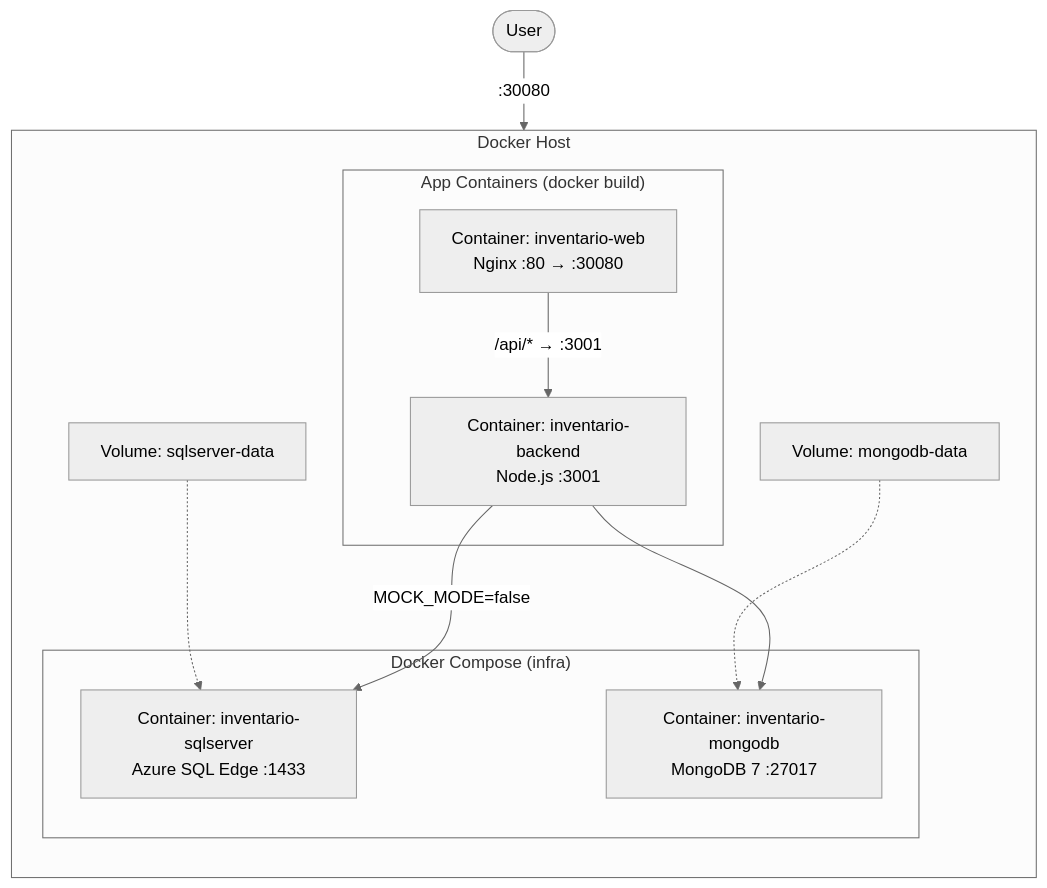
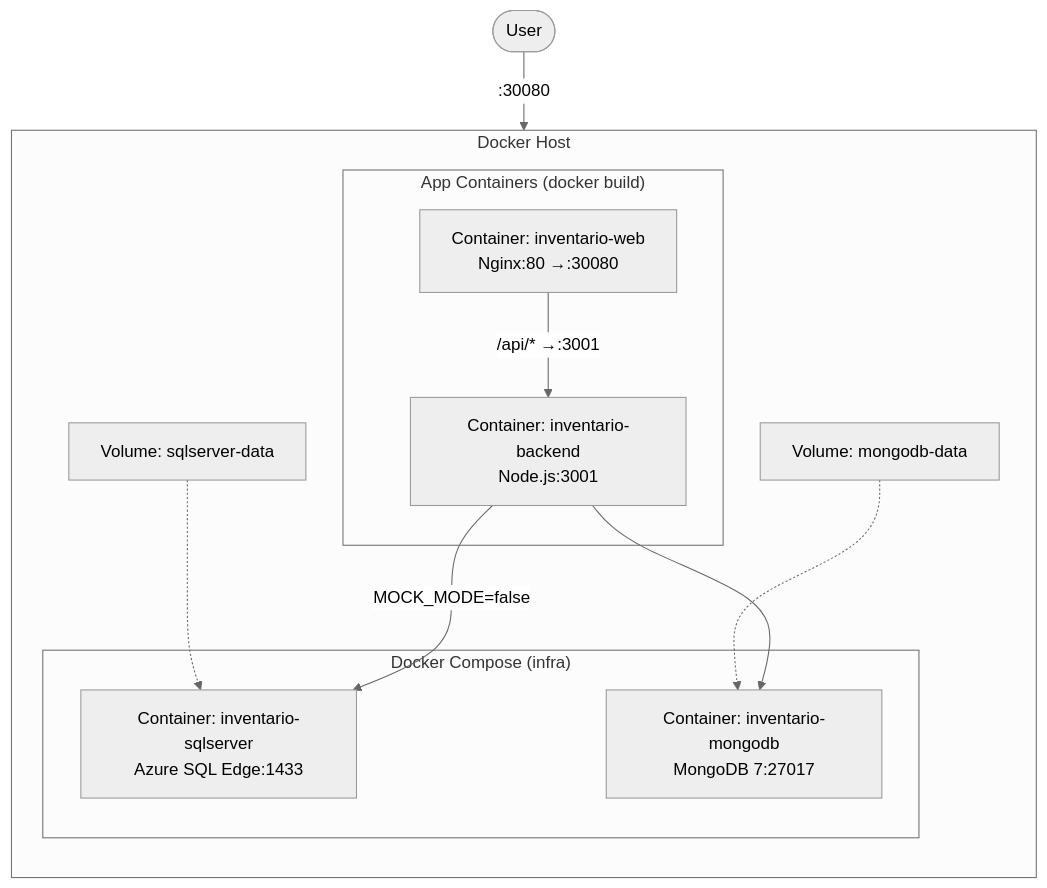
The diagram in docs/testing/docker-compose.md (CesarMarinMorla/egi), drawn with Mermaid (neutral theme) before and after one commit. The commit also changed other lines of this file and 22 other files, not shown here.

````diff
--- a/docs/testing/docker-compose.md
+++ b/docs/testing/docker-compose.md
@@ -73,25 +73,25 @@
 ```mermaid
 flowchart TB
-    subgraph Host["Docker Host"]
-        direction TB
+ subgraph Host["Docker Host"]
+ direction TB
 
-        subgraph Compose["Docker Compose (infra)"]
-            SQL["Container: inventario-sqlserver<br/>Azure SQL Edge :1433"]
-            MONGO["Container: inventario-mongodb<br/>MongoDB 7 :27017"]
-        end
+ subgraph Compose["Docker Compose (infra)"]
+ SQL["Container: inventario-sqlserver<br/>Azure SQL Edge:1433"]
+ MONGO["Container: inventario-mongodb<br/>MongoDB 7:27017"]
+ end
 
-        subgraph App["App Containers (docker build)"]
-            WEB["Container: inventario-web<br/>Nginx :80 → :30080"]
-            BE["Container: inventario-backend<br/>Node.js :3001"]
-        end
+ subgraph App["App Containers (docker build)"]
+ WEB["Container: inventario-web<br/>Nginx:80 →:30080"]
+ BE["Container: inventario-backend<br/>Node.js:3001"]
+ end
 
-        BEVOL["Volume: sqlserver-data"] -.-> SQL
-        MONVOL["Volume: mongodb-data"] -.-> MONGO
-    end
+ BEVOL["Volume: sqlserver-data"] -.-> SQL
+ MONVOL["Volume: mongodb-data"] -.-> MONGO
+ end
 
-    USER(["User"])
-    USER -->|":30080"| WEB
-    WEB -->|"/api/* → :3001"| BE
-    BE -->|"MOCK_MODE=false"| SQL
-    BE --> MONGO
+ USER(["User"])
+ USER -->|":30080"| WEB
+ WEB -->|"/api/* →:3001"| BE
+ BE -->|"MOCK_MODE=false"| SQL
+ BE --> MONGO
 ```
````
